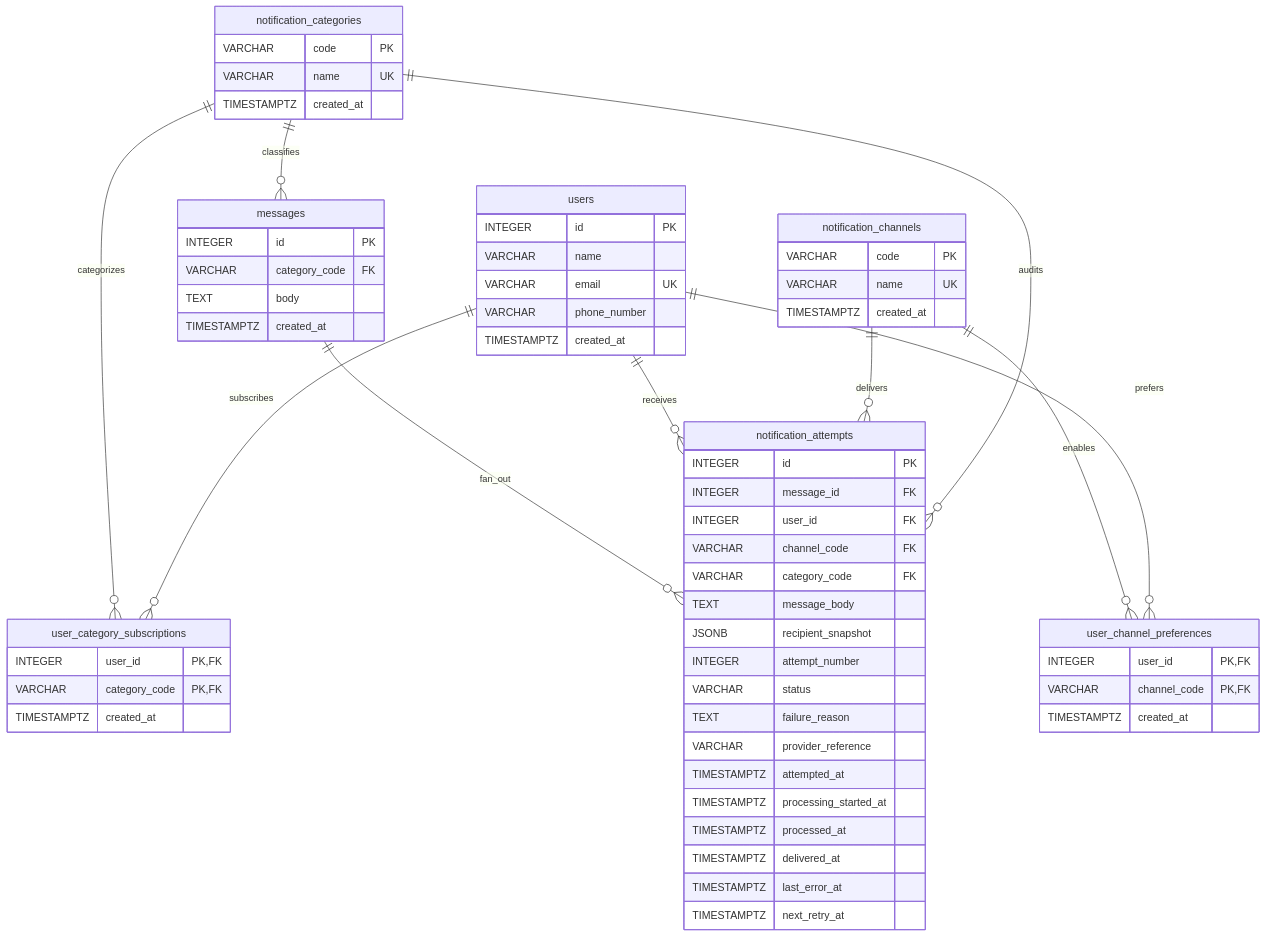
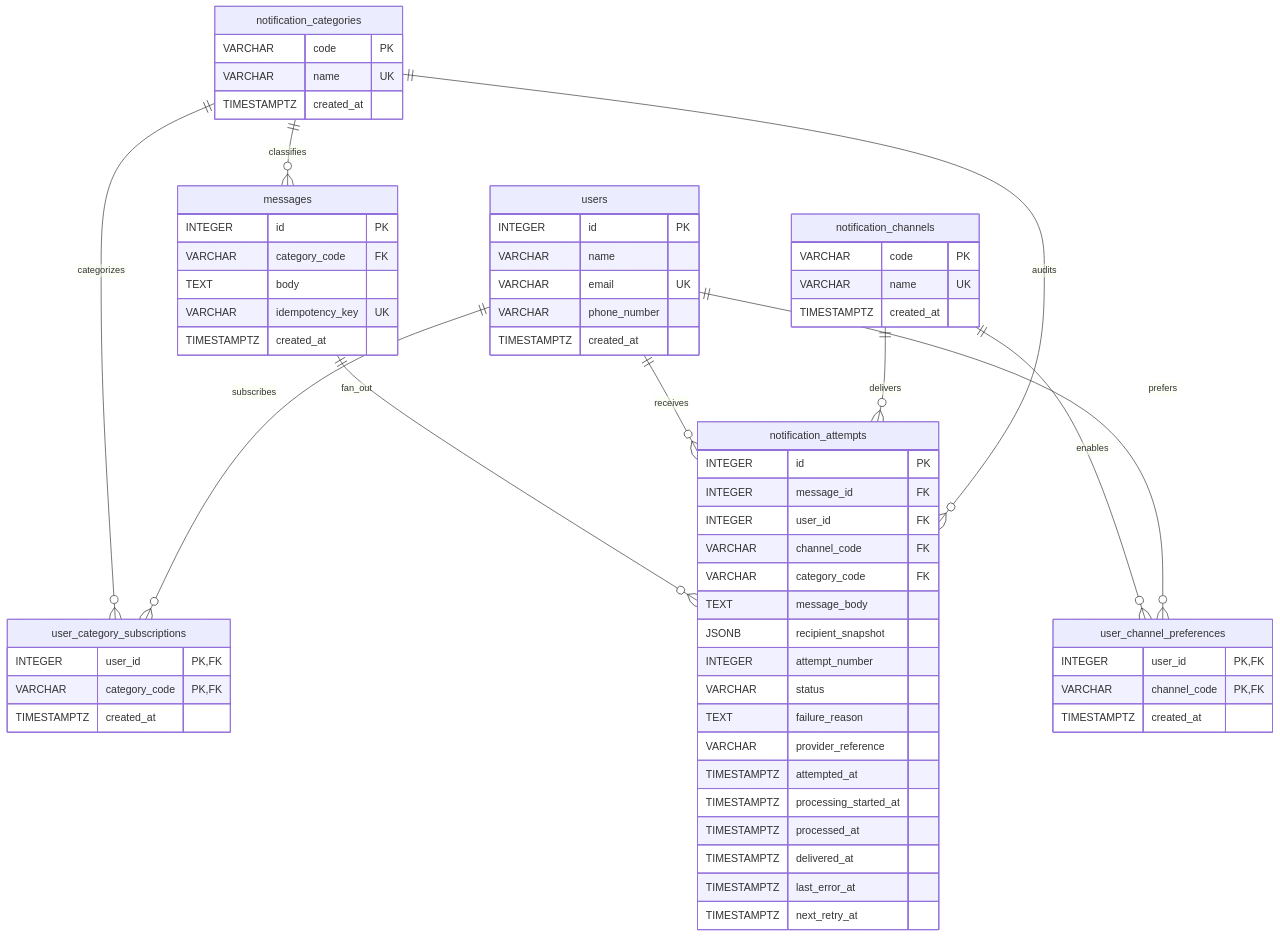
Before and after one commit to guluarte/notification-challenge: the diagram in README.md, drawn with Mermaid. The commit also changed other lines of this file and 19 other files, not shown here.

````diff
--- a/README.md
+++ b/README.md
@@ -160,65 +168,66 @@
 ```mermaid
 erDiagram
     notification_categories {
         VARCHAR code PK
         VARCHAR name UK
         TIMESTAMPTZ created_at
     }
     notification_channels {
         VARCHAR code PK
         VARCHAR name UK
         TIMESTAMPTZ created_at
     }
     users {
         INTEGER id PK
         VARCHAR name
         VARCHAR email UK
         VARCHAR phone_number
         TIMESTAMPTZ created_at
     }
     user_category_subscriptions {
         INTEGER user_id PK, FK
         VARCHAR category_code PK, FK
         TIMESTAMPTZ created_at
     }
     user_channel_preferences {
         INTEGER user_id PK, FK
         VARCHAR channel_code PK, FK
         TIMESTAMPTZ created_at
     }
     messages {
         INTEGER id PK
         VARCHAR category_code FK
         TEXT body
+        VARCHAR idempotency_key UK
         TIMESTAMPTZ created_at
     }
     notification_attempts {
         INTEGER id PK
         INTEGER message_id FK
         INTEGER user_id FK
         VARCHAR channel_code FK
         VARCHAR category_code FK
         TEXT message_body
         JSONB recipient_snapshot
         INTEGER attempt_number
         VARCHAR status
         TEXT failure_reason
         VARCHAR provider_reference
         TIMESTAMPTZ attempted_at
         TIMESTAMPTZ processing_started_at
         TIMESTAMPTZ processed_at
         TIMESTAMPTZ delivered_at
         TIMESTAMPTZ last_error_at
         TIMESTAMPTZ next_retry_at
     }
 
     notification_categories ||--o{ user_category_subscriptions : categorizes
     users ||--o{ user_category_subscriptions : subscribes
     notification_channels ||--o{ user_channel_preferences : enables
     users ||--o{ user_channel_preferences : prefers
     notification_categories ||--o{ messages : classifies
     messages ||--o{ notification_attempts : fan_out
     users ||--o{ notification_attempts : receives
     notification_channels ||--o{ notification_attempts : delivers
     notification_categories ||--o{ notification_attempts : audits
 ```
````
